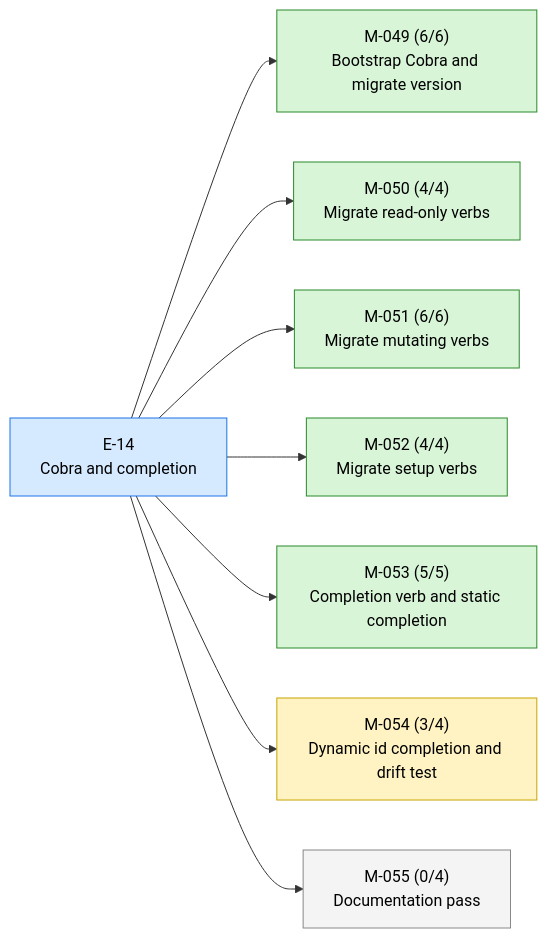
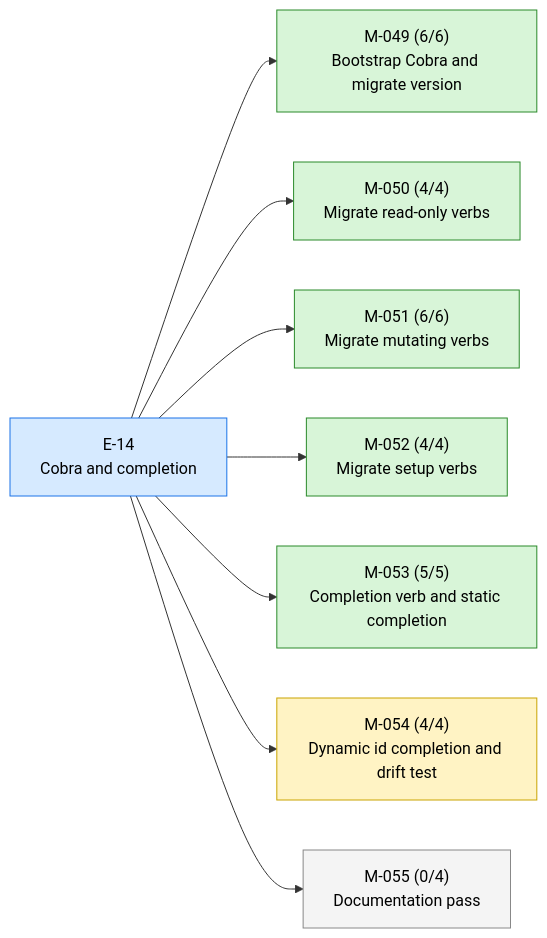
Before and after one commit to 23min/aiwf: the first of 2 diagrams in STATUS.md, drawn with Mermaid. The commit also changed other lines of this file and 1 other file, not shown here.

````diff
--- a/STATUS.md
+++ b/STATUS.md
@@ -17,24 +17,24 @@
 ```mermaid
 flowchart LR
   E_14["E-14<br/>Cobra and completion"]:::epic_active
   M_049["M-049 (6/6)<br/>Bootstrap Cobra and migrate version"]:::ms_done
   E_14 --> M_049
   M_050["M-050 (4/4)<br/>Migrate read-only verbs"]:::ms_done
   E_14 --> M_050
   M_051["M-051 (6/6)<br/>Migrate mutating verbs"]:::ms_done
   E_14 --> M_051
   M_052["M-052 (4/4)<br/>Migrate setup verbs"]:::ms_done
   E_14 --> M_052
   M_053["M-053 (5/5)<br/>Completion verb and static completion"]:::ms_done
   E_14 --> M_053
-  M_054["M-054 (3/4)<br/>Dynamic id completion and drift test"]:::ms_in_progress
+  M_054["M-054 (4/4)<br/>Dynamic id completion and drift test"]:::ms_in_progress
   E_14 --> M_054
   M_055["M-055 (0/4)<br/>Documentation pass"]:::ms_draft
   E_14 --> M_055
   classDef epic_active fill:#d6eaff,stroke:#1a73e8,color:#000
   classDef epic_proposed fill:#f4f4f4,stroke:#888,color:#000
   classDef ms_done fill:#d8f5d8,stroke:#2a8a2a,color:#000
   classDef ms_in_progress fill:#fff3c4,stroke:#caa400,color:#000
   classDef ms_draft fill:#f4f4f4,stroke:#888,color:#000
   classDef ms_cancelled fill:#fbeaea,stroke:#c33,color:#000
 ```
````
